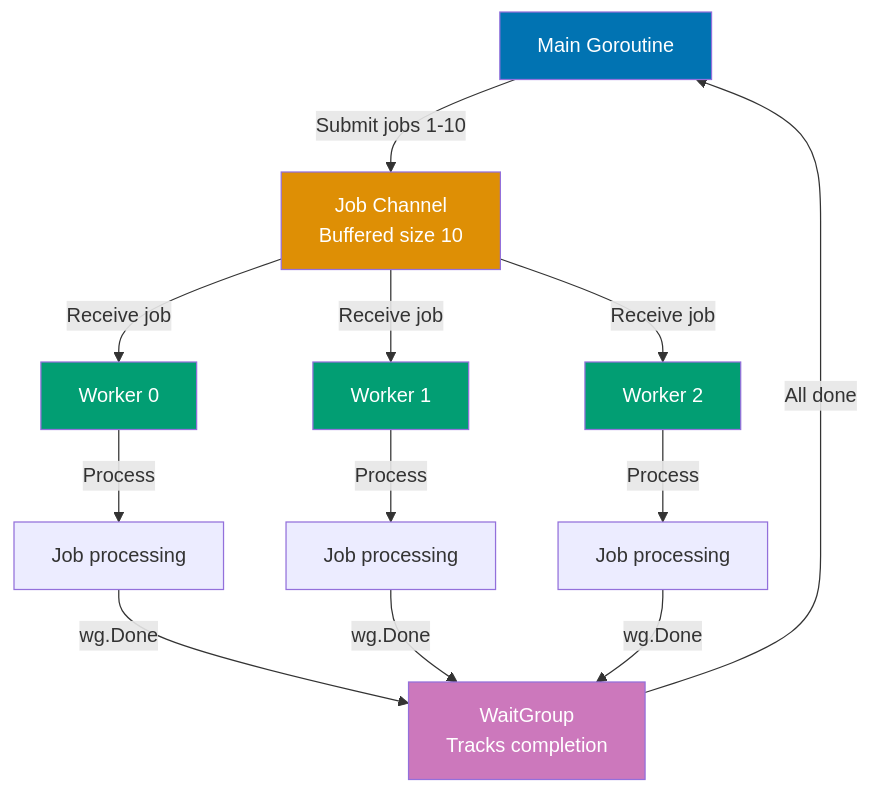
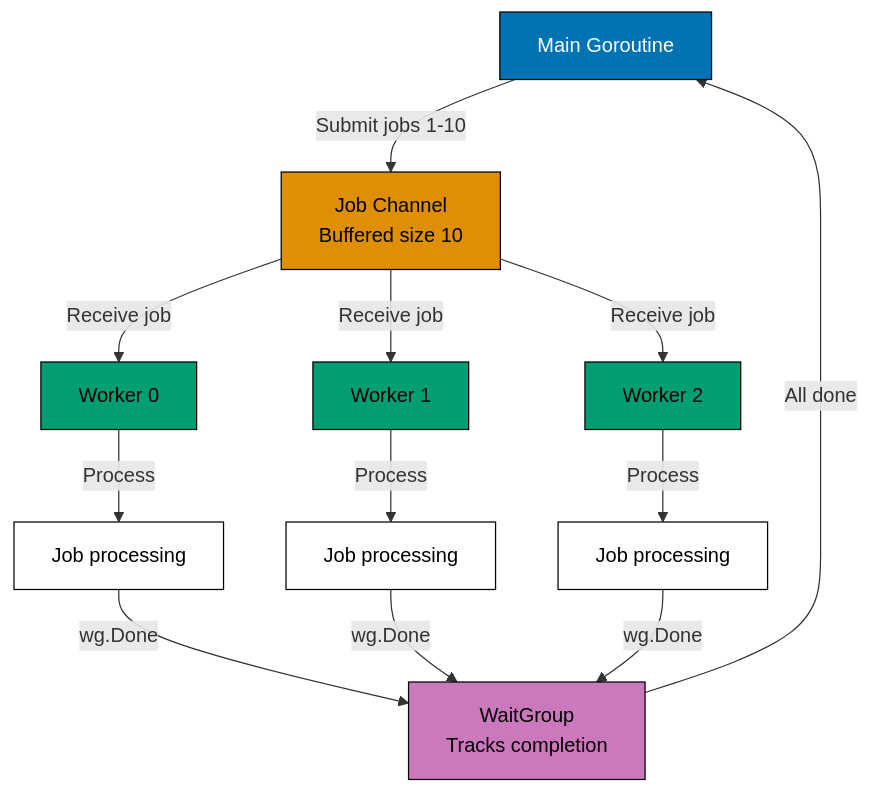
The seventh of 12 diagrams in apps/ayokoding-www/content/en/learn/legacy/software-engineering/programming-languages/golang/by-example/intermediate.md (wahidyankf/ose-public), drawn with Mermaid before and after one commit. The commit also changed other lines of this file and 112 other files, not shown here.

First line of the commit message:
fix(mermaid): bring the legacy programming-languages diagrams onto the accessible palette

````diff
--- a/apps/ayokoding-www/content/en/learn/legacy/software-engineering/programming-languages/golang/by-example/intermediate.md
+++ b/apps/ayokoding-www/content/en/learn/legacy/software-engineering/programming-languages/golang/by-example/intermediate.md
@@ -2128,26 +2164,33 @@
 ```mermaid
 %% Color Palette: Blue #0173B2, Orange #DE8F05, Teal #029E73, Purple #CC78BC, Brown #CA9161
 %% Worker pool job distribution
 graph TD
+    accTitle: Example 47: Worker Pool Pattern
+    accDescr: Graph with 9 nodes and 11 connections. Nodes: Main Goroutine, Job Channel Buffered size 10, Worker 0, Worker 1, Worker 2, Job processing, Job processing, Job processing, WaitGroup Tracks completion. Connections: Main Goroutine to Job Channel Buffered size 10 (Submit jobs 1-10), Job Channel Buffered size 10 to Worker 0 (Receive job), Job Channel Buffered size 10 to Worker 1 (Receive job), Job Channel Buffered size 10 to Worker 2 (Receive job), Worker 0 to Job processing (Process), Worker 1 to Job processing (Process), Worker 2 to Job processing (Process), Job processing to WaitGroup Tracks completion (wg.Done), Job processing to WaitGroup Tracks completion (wg.Done), Job processing to WaitGroup Tracks completion (wg.Done), WaitGroup Tracks completion to Main Goroutine (All done).
     Main[Main Goroutine] -->|Submit jobs 1-10| JobChan[Job Channel<br/>Buffered size 10]
     JobChan -->|Receive job| W1[Worker 0]
     JobChan -->|Receive job| W2[Worker 1]
     JobChan -->|Receive job| W3[Worker 2]
 
     W1 -->|Process| J1[Job processing]
     W2 -->|Process| J2[Job processing]
     W3 -->|Process| J3[Job processing]
 
     J1 -->|wg.Done| WG[WaitGroup<br/>Tracks completion]
     J2 -->|wg.Done| WG
     J3 -->|wg.Done| WG
 
     WG -->|All done| Main
 
-    style Main fill:#0173B2,color:#fff
-    style JobChan fill:#DE8F05,color:#fff
-    style W1 fill:#029E73,color:#fff
-    style W2 fill:#029E73,color:#fff
-    style W3 fill:#029E73,color:#fff
-    style WG fill:#CC78BC,color:#fff
+    classDef pal-0173B2 fill:#0173B2,stroke:#000000,color:#FFFFFF
+    class Main pal-0173B2
+    classDef pal-DE8F05 fill:#DE8F05,stroke:#000000,color:#000000
+    class JobChan pal-DE8F05
+    classDef pal-029E73 fill:#029E73,stroke:#000000,color:#000000
+    class W1 pal-029E73
+    class W2 pal-029E73
+    class W3 pal-029E73
+    classDef pal-CC78BC fill:#CC78BC,stroke:#000000,color:#000000
+    class WG pal-CC78BC
+    classDef default fill:#FFFFFF,stroke:#000000,color:#000000
 ```
````
